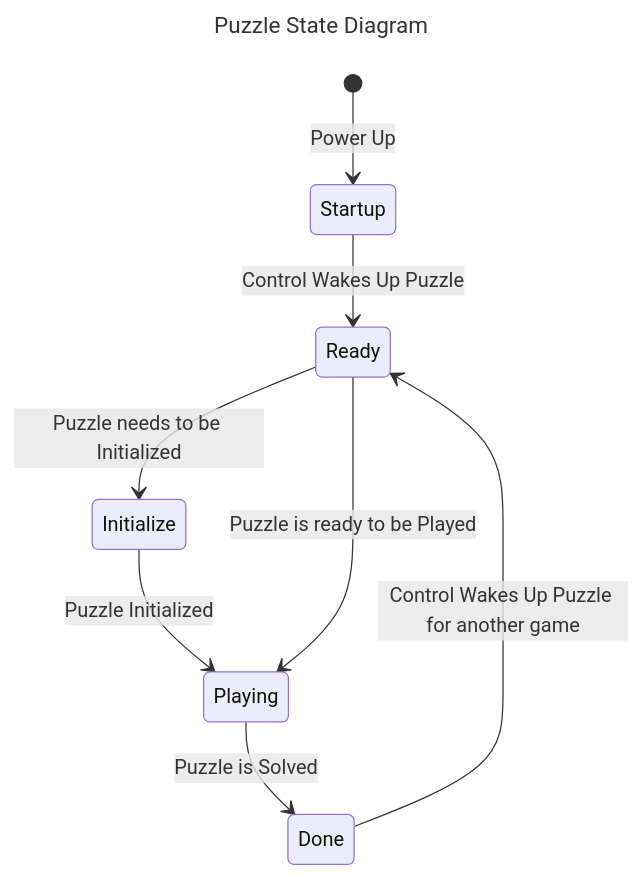
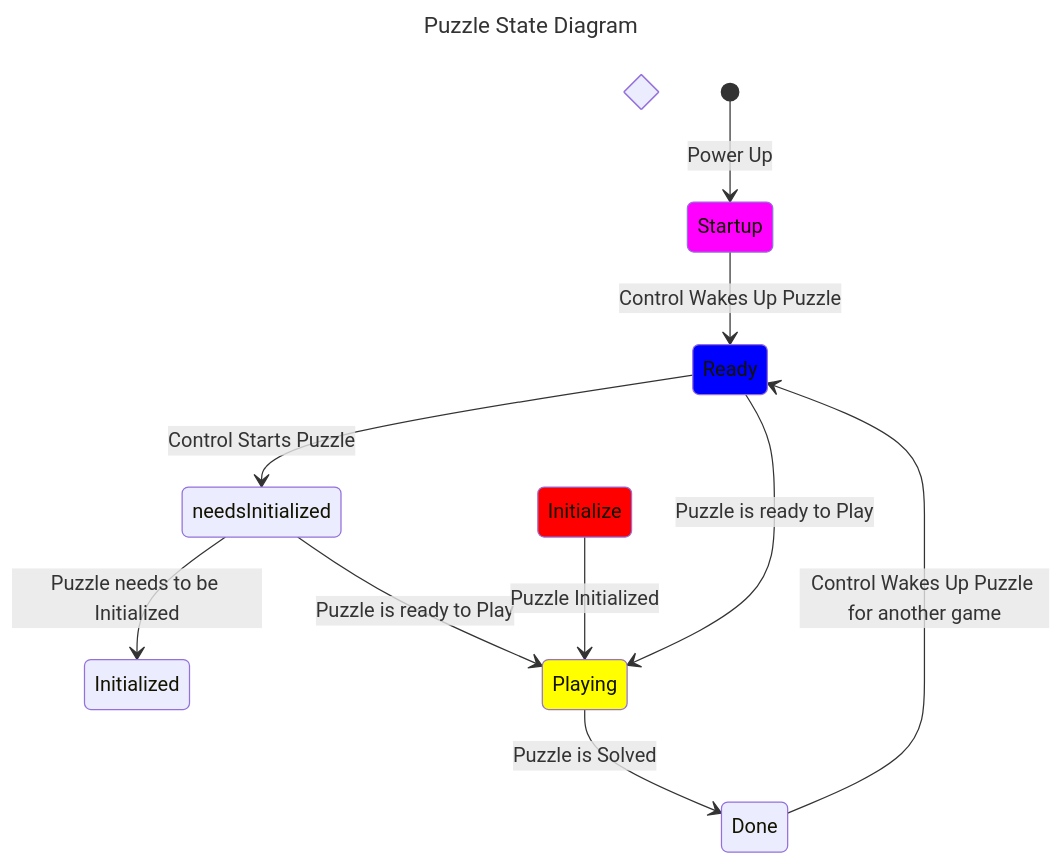
One commit to greggubben/PhoneHomeBusyBox changed the second of 2 diagrams in README.md. Above: the diagram before and after it, drawn with Mermaid. The commit also changed other lines of this file, not shown here.

Commit message:
architecture section state diagram

````diff
--- a/README.md
+++ b/README.md
@@ -92,13 +106,30 @@
 ```mermaid
 ---
 title: Puzzle State Diagram
 ---
 stateDiagram-v2
+  state "Initialized?" as needsInitialized <<choice>>
   [*] --> Startup: Power Up
   Startup --> Ready: Control Wakes Up Puzzle
-  Ready --> Initialize: Puzzle needs to be Initialized
+  Ready --> needsInitialized: Control Starts Puzzle
+  needsInitialized --> Initialized: Puzzle needs to be Initialized
+  needsInitialized --> Playing: Puzzle is ready to Play
   Initialize --> Playing: Puzzle Initialized
-  Ready --> Playing: Puzzle is ready to be Played
+  Ready --> Playing: Puzzle is ready to Play
   Playing --> Done: Puzzle is Solved
   Done --> Ready: Control Wakes Up Puzzle for another game
+
+  classDef purple fill:#f0f
+  classDef blue fill:#00F
+  classDef red fill:#F00
+  classDef yellow fill:#FF0
+  classDef green fill:#0F0
+  classDef cyan fill:#0FF
+
+  class Startup purple
+  class Ready blue
+  class Initialize red
+  class Playing yellow
+  class Solved green
+
 ```
````
